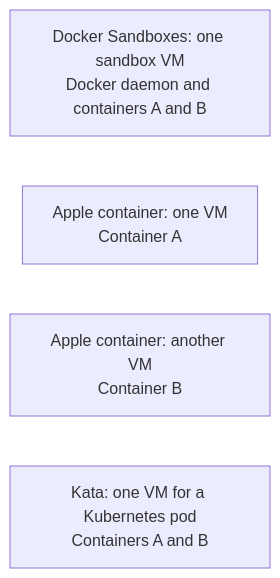
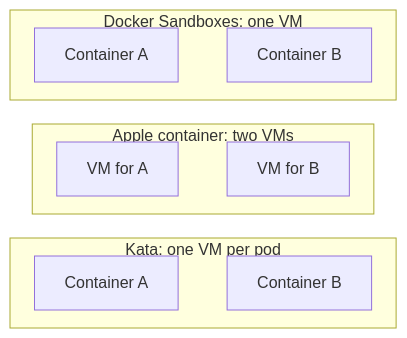
One commit to narumiruna/sandbox-architectures-book changed the first of 2 diagrams in docs/agent-sandbox-architectures.md. Above: the diagram before and after it, drawn with Mermaid. The commit also changed other lines of this file and 3 other files, not shown here.

Commit message:
docs: improve Mermaid diagram readability on narrow screens

````diff
--- a/docs/agent-sandbox-architectures.md
+++ b/docs/agent-sandbox-architectures.md
@@ -27,10 +27,25 @@
 ```mermaid
+---
+config:
+  flowchart:
+    rankSpacing: 24
+    nodeSpacing: 16
+    wrappingWidth: 106
+---
 flowchart TB
     accTitle: Virtual machine boundaries in three container environments
     accDescr: Docker Sandboxes can run several containers in one sandbox VM, Apple container starts a VM for each container, and Kata can run several containers in one Kubernetes pod VM.
-    Docker["Docker Sandboxes: one sandbox VM<br/>Docker daemon and containers A and B"]
-    AppleA["Apple container: one VM<br/>Container A"]
-    AppleB["Apple container: another VM<br/>Container B"]
-    Kata["Kata: one VM for a Kubernetes pod<br/>Containers A and B"]
-    Docker ~~~ AppleA ~~~ AppleB ~~~ Kata
+    subgraph Docker["Docker Sandboxes: one VM"]
+        direction LR
+        DA["Container A"] ~~~ DB["Container B"]
+    end
+    subgraph Apple["Apple container: two VMs"]
+        direction LR
+        AA["VM for A"] ~~~ AB["VM for B"]
+    end
+    subgraph Kata["Kata: one VM per pod"]
+        direction LR
+        KA["Container A"] ~~~ KB["Container B"]
+    end
+    Docker ~~~ Apple ~~~ Kata
 ```
````
